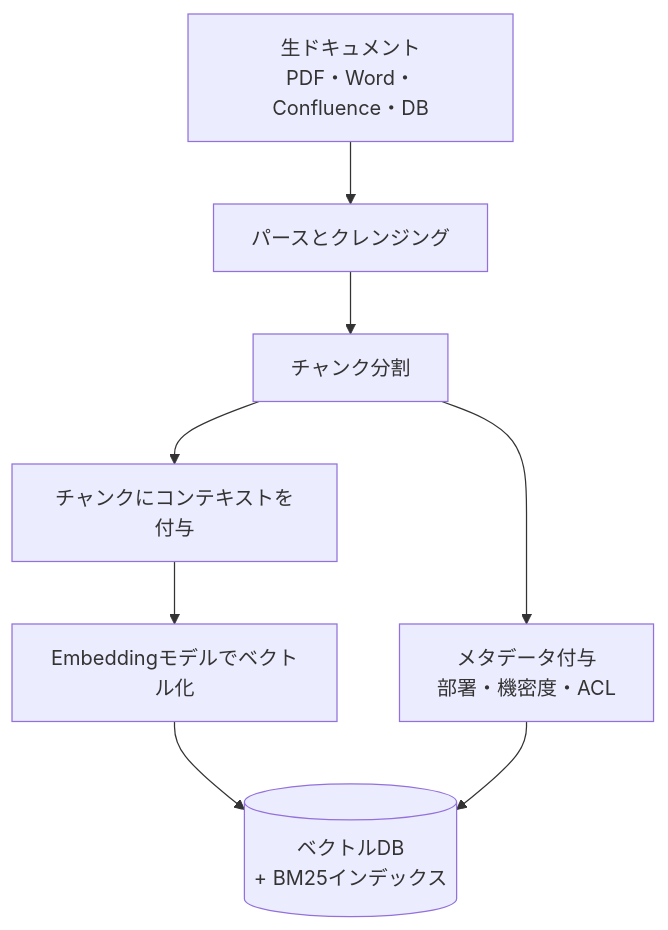
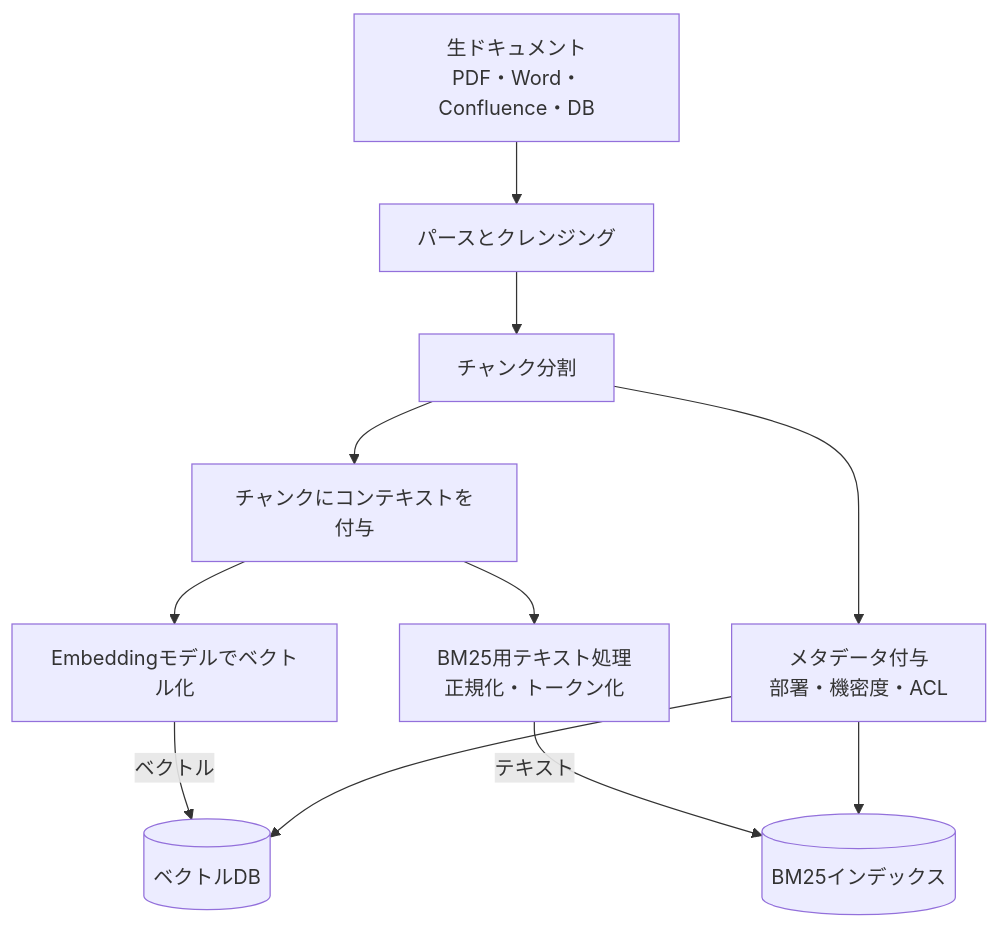
Before and after one commit to myoshi2891/Comparison-of-LLMs: the second of 6 diagrams in Enterprise-rag-guide.md, drawn with Mermaid. The commit also changed other lines of this file, not shown here.

Commit message:
docs(enterprise-rag): clarify SSRF mitigation, prompt cache invalidation, and indexing pipeline diagram

````diff
--- a/Enterprise-rag-guide.md
+++ b/Enterprise-rag-guide.md
@@ -81,10 +81,13 @@
 ```mermaid
 flowchart TD
     A[生ドキュメント<br/>PDF・Word・Confluence・DB] --> B[パースとクレンジング]
     B --> C[チャンク分割]
     C --> D[チャンクにコンテキストを付与]
     D --> E[Embeddingモデルでベクトル化]
+    D --> T[BM25用テキスト処理<br/>正規化・トークン化]
     C --> G[メタデータ付与<br/>部署・機密度・ACL]
-    E --> F[(ベクトルDB<br/>+ BM25インデックス)]
+    E -->|ベクトル| F[(ベクトルDB)]
+    T -->|テキスト| H[(BM25インデックス)]
     G --> F
+    G --> H
 ```
````
